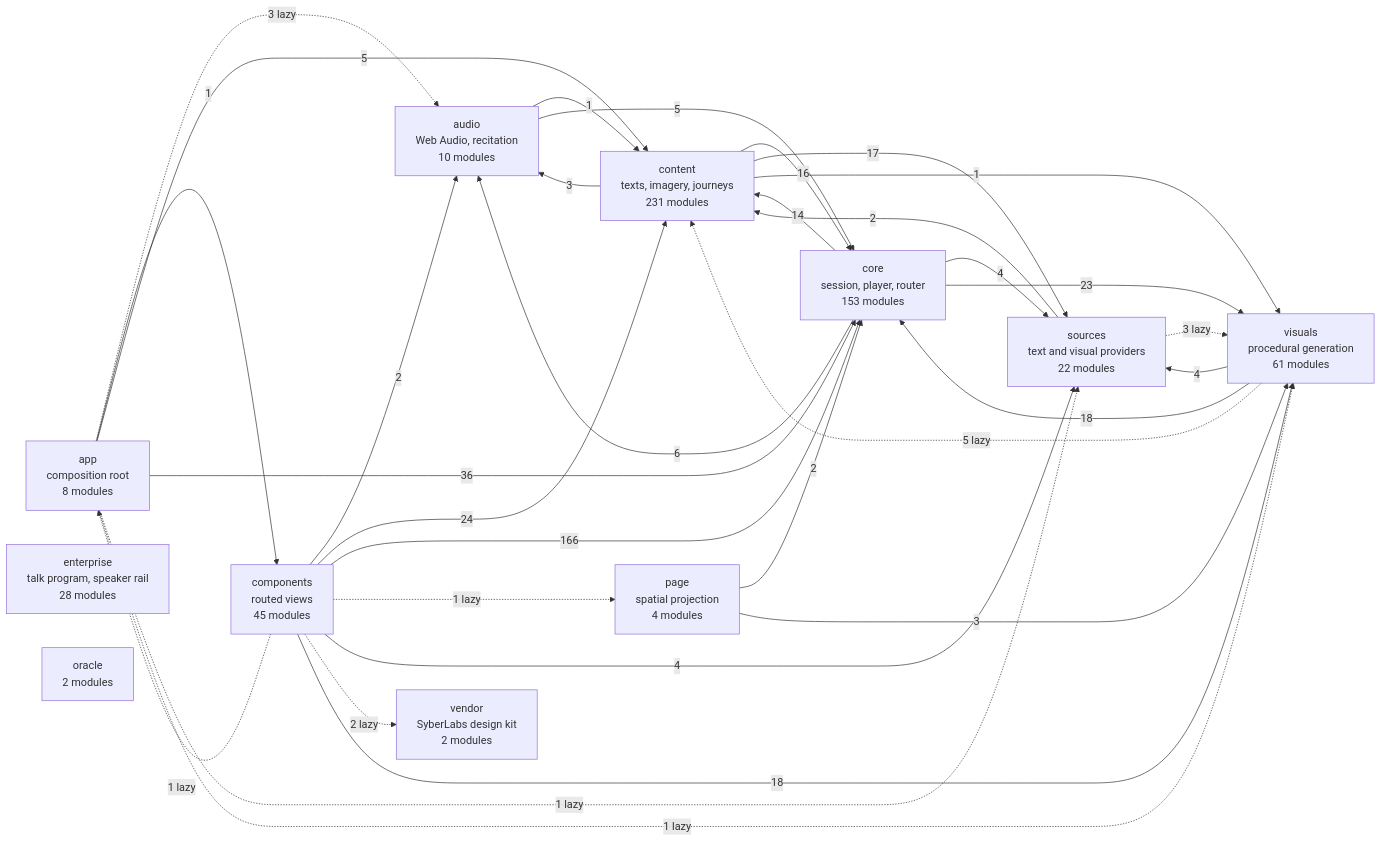
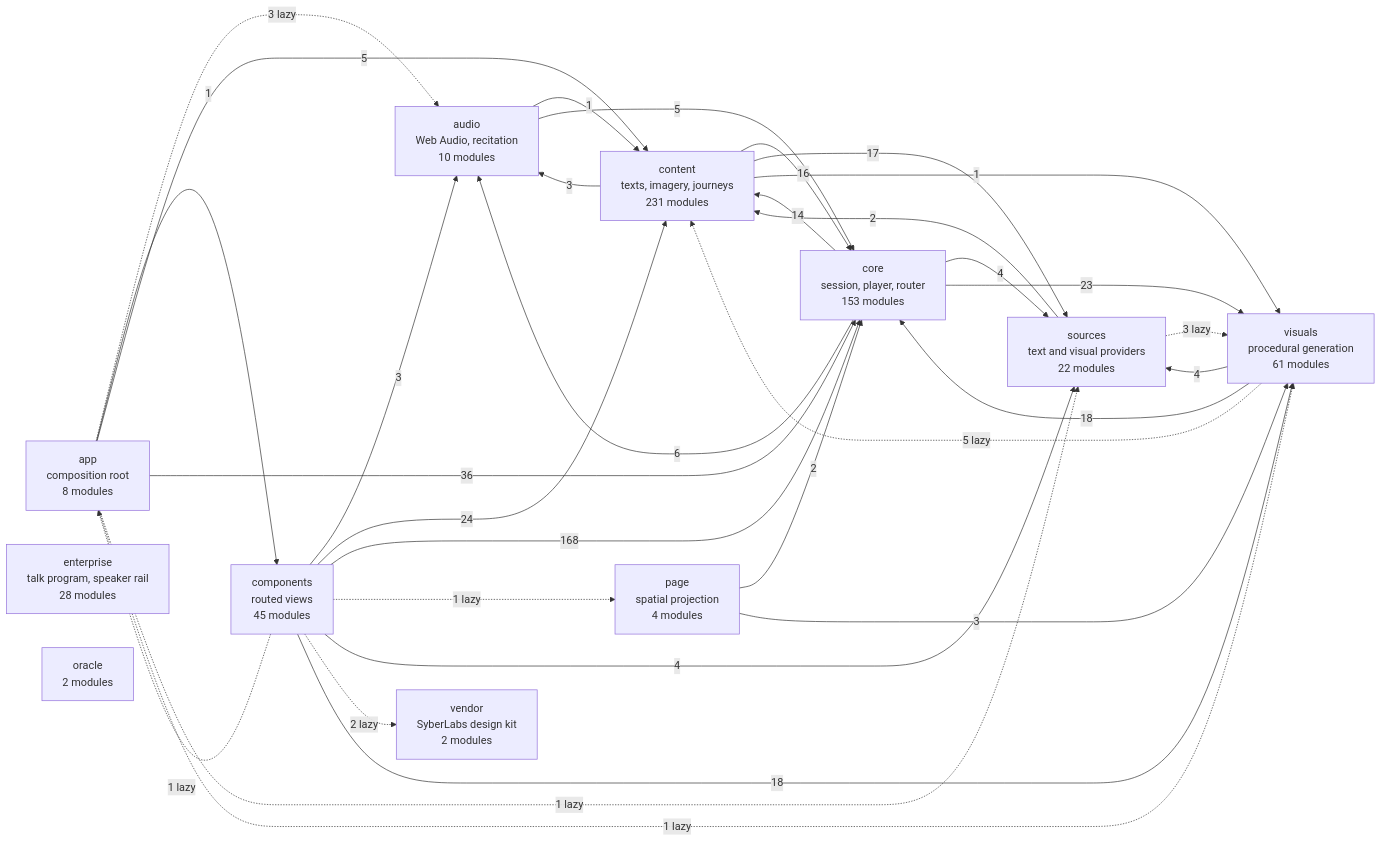
The diagram in docs/specs/ARCHITECTURE.md (SyberLabs/RISE), drawn with Mermaid before and after one commit.

Commit message:
Regenerate the architecture diagram for the Workshop remix imports

````diff
--- a/docs/specs/ARCHITECTURE.md
+++ b/docs/specs/ARCHITECTURE.md
@@ -160,46 +160,46 @@
 ```mermaid
 flowchart LR
     app["app<br/>composition root<br/>8 modules"]
     audio["audio<br/>Web Audio, recitation<br/>10 modules"]
     components["components<br/>routed views<br/>45 modules"]
     content["content<br/>texts, imagery, journeys<br/>231 modules"]
     core["core<br/>session, player, router<br/>153 modules"]
     enterprise["enterprise<br/>talk program, speaker rail<br/>28 modules"]
     oracle["oracle<br/>2 modules"]
     page["page<br/>spatial projection<br/>4 modules"]
     sources["sources<br/>text and visual providers<br/>22 modules"]
     vendor["vendor<br/>SyberLabs design kit<br/>2 modules"]
     visuals["visuals<br/>procedural generation<br/>61 modules"]
 
     app -.-> |3 lazy| audio
     app --> |1| components
     app --> |5| content
     app --> |36| core
     app -.-> |1 lazy| sources
     app -.-> |1 lazy| visuals
     audio --> |1| content
     audio --> |5| core
     components -.-> |1 lazy| app
-    components --> |2| audio
+    components --> |3| audio
     components --> |24| content
-    components --> |166| core
+    components --> |168| core
     components -.-> |1 lazy| page
     components --> |4| sources
     components -.-> |2 lazy| vendor
     components --> |18| visuals
     content --> |3| audio
     content --> |16| core
     content --> |17| sources
     content --> |1| visuals
     core --> |6| audio
     core --> |14| content
     core --> |4| sources
     core --> |23| visuals
     page --> |2| core
     page --> |3| visuals
     sources --> |2| content
     sources -.-> |3 lazy| visuals
     visuals -.-> |5 lazy| content
     visuals --> |18| core
     visuals --> |4| sources
 ```
````
